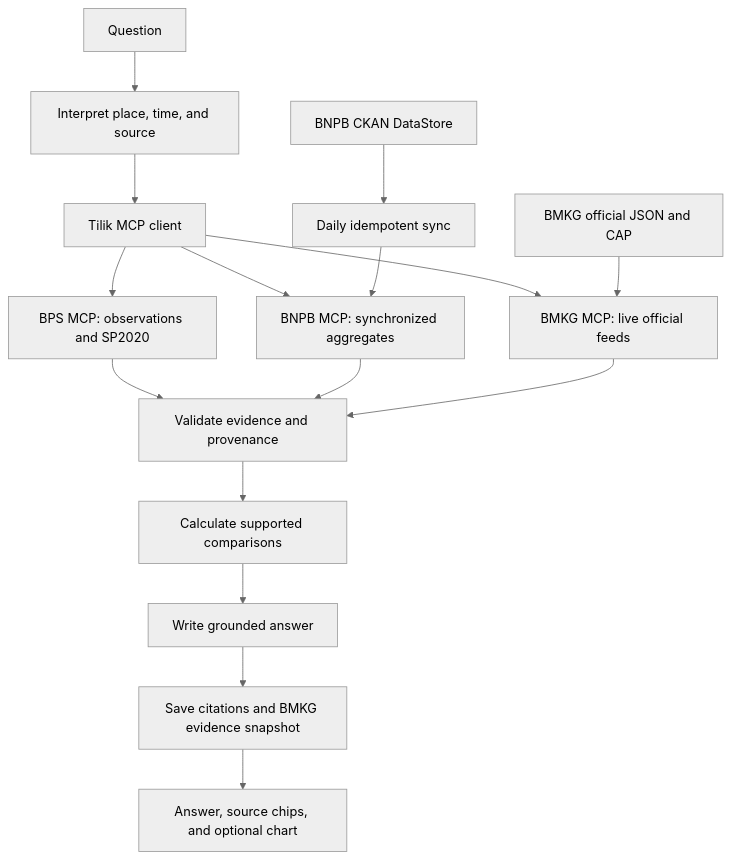
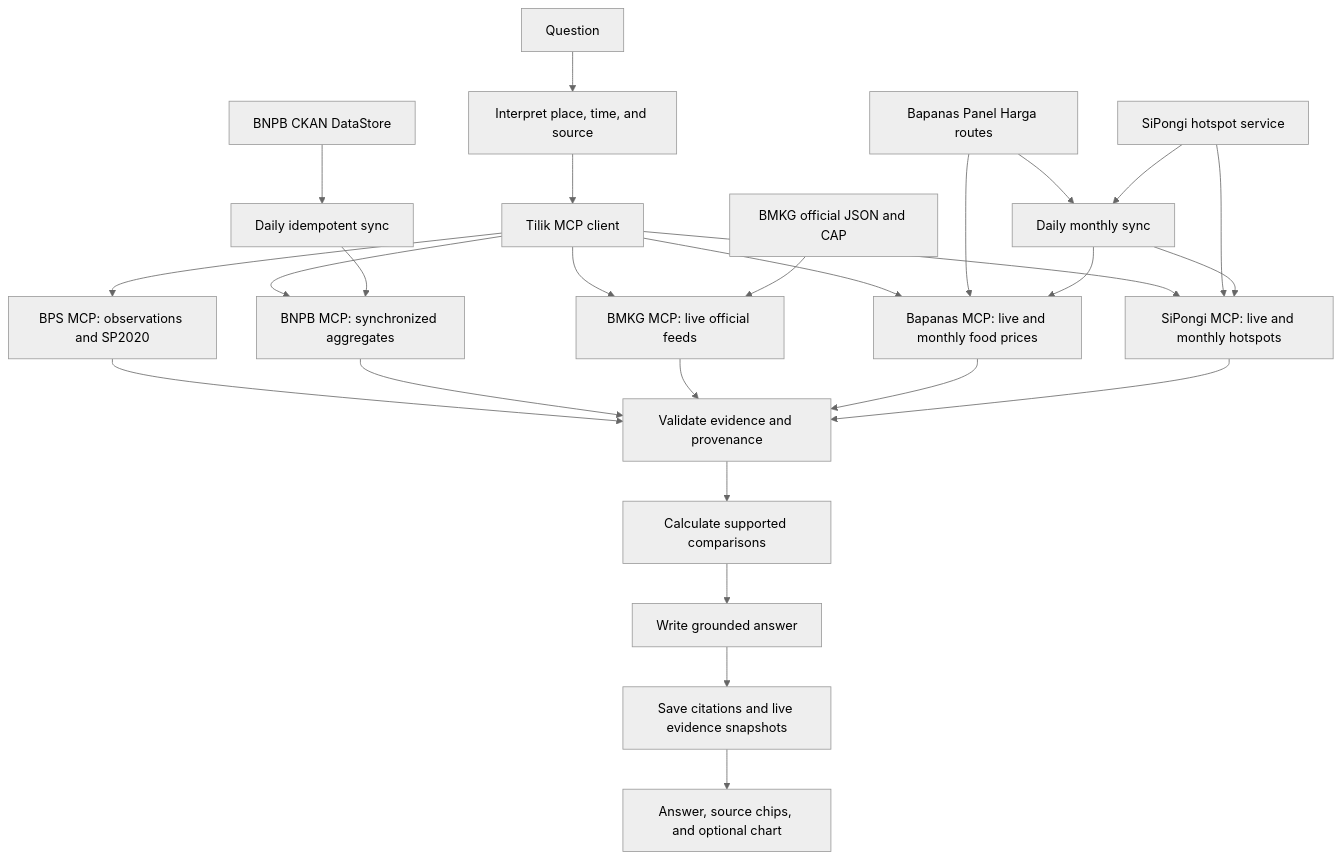
One commit to aprirachmadi/tilik-agent changed the diagram in README.md. Above: the diagram before and after it, drawn with Mermaid (neutral theme). The commit also changed other lines of this file and 37 other files, not shown here.

First line of the commit message:
Add Bapanas food price and SiPongi hotspot connectors

````diff
--- a/README.md
+++ b/README.md
@@ -66,18 +66,28 @@
 ```mermaid
 flowchart TD
     Q[Question] --> I[Interpret place, time, and source]
     I --> C[Tilik MCP client]
     C --> B[BPS MCP: observations and SP2020]
     C --> N[BNPB MCP: synchronized aggregates]
     C --> M[BMKG MCP: live official feeds]
+    C --> F[Bapanas MCP: live and monthly food prices]
+    C --> H[SiPongi MCP: live and monthly hotspots]
     B --> V[Validate evidence and provenance]
     N --> V
     M --> V
+    F --> V
+    H --> V
     V --> A[Calculate supported comparisons]
     A --> W[Write grounded answer]
-    W --> P[Save citations and BMKG evidence snapshot]
+    W --> P[Save citations and live evidence snapshots]
     P --> U[Answer, source chips, and optional chart]
     CKAN[BNPB CKAN DataStore] --> SYNC[Daily idempotent sync]
     SYNC --> N
     LIVE[BMKG official JSON and CAP] --> M
+    PANEL[Bapanas Panel Harga routes] --> F
+    PANEL --> MSYNC[Daily monthly sync]
+    SPG[SiPongi hotspot service] --> H
+    SPG --> MSYNC
+    MSYNC --> F
+    MSYNC --> H
 ```
````
